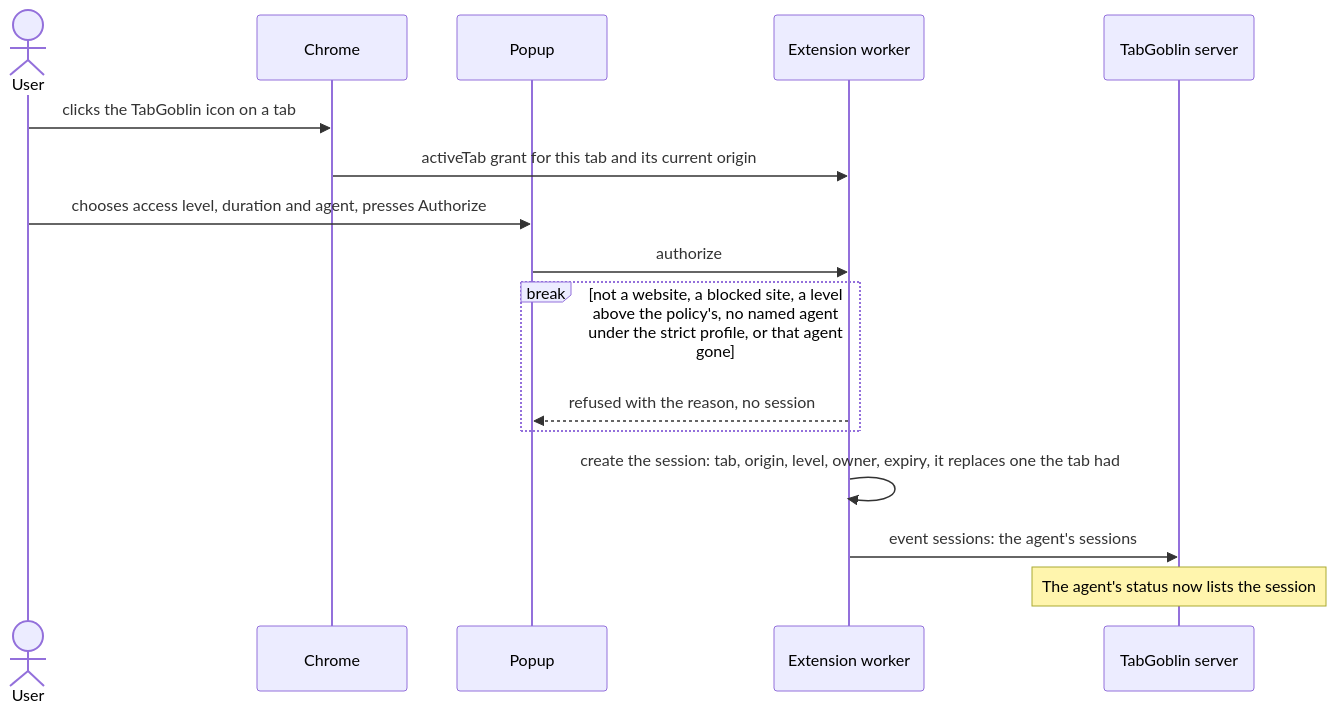
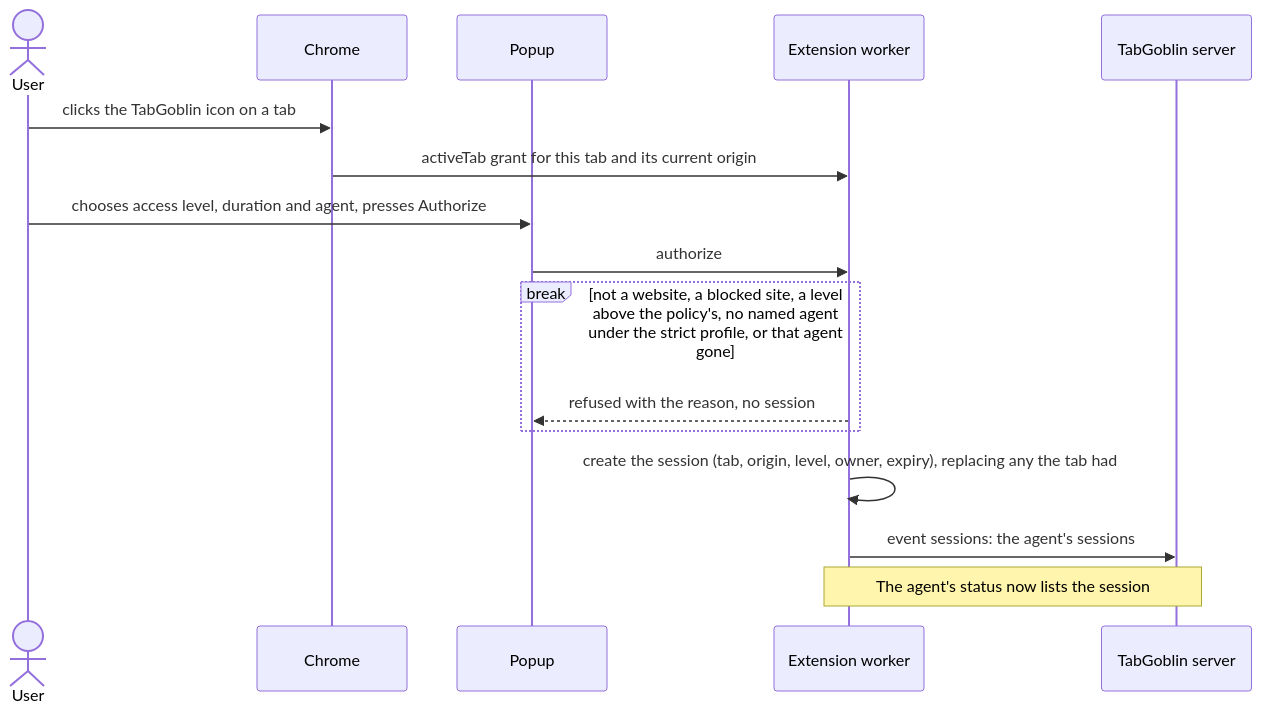
The third of 8 diagrams in docs/architecture.md (LaughingManCommits/TabGoblin), drawn with Mermaid before and after one commit. The commit also changed other lines of this file and 11 other files, not shown here.

First line of the commit message:
Align the diagrams: even legends, labels clear of borders, notes that fit

````diff
--- a/docs/architecture.md
+++ b/docs/architecture.md
@@ -232,18 +232,18 @@
 ```mermaid
 sequenceDiagram
   actor U as User
   participant C as Chrome
   participant P as Popup
   participant B as Extension worker
   participant S as TabGoblin server
   U->>C: clicks the TabGoblin icon on a tab
   C->>B: activeTab grant for this tab and its current origin
   U->>P: chooses access level, duration and agent, presses Authorize
   P->>B: authorize
   break not a website, a blocked site, a level above the policy's, no named agent under the strict profile, or that agent gone
     B-->>P: refused with the reason, no session
   end
-  B->>B: create the session: tab, origin, level, owner, expiry, it replaces one the tab had
+  B->>B: create the session (tab, origin, level, owner, expiry), replacing any the tab had
   B->>S: event sessions: the agent's sessions
-  Note over S: The agent's status now lists the session
+  Note over B,S: The agent's status now lists the session
 ```
````
